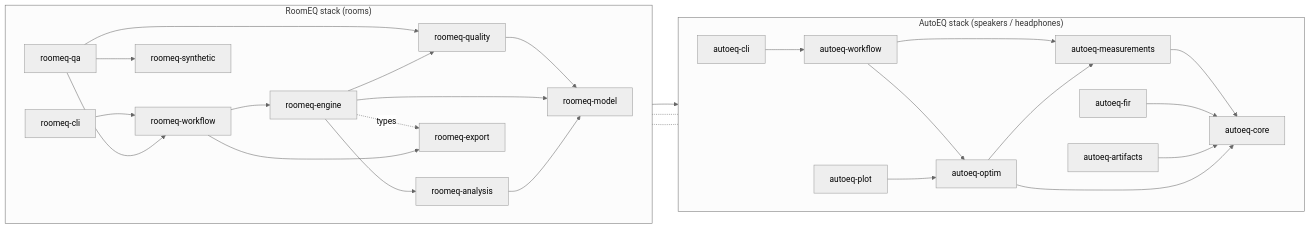
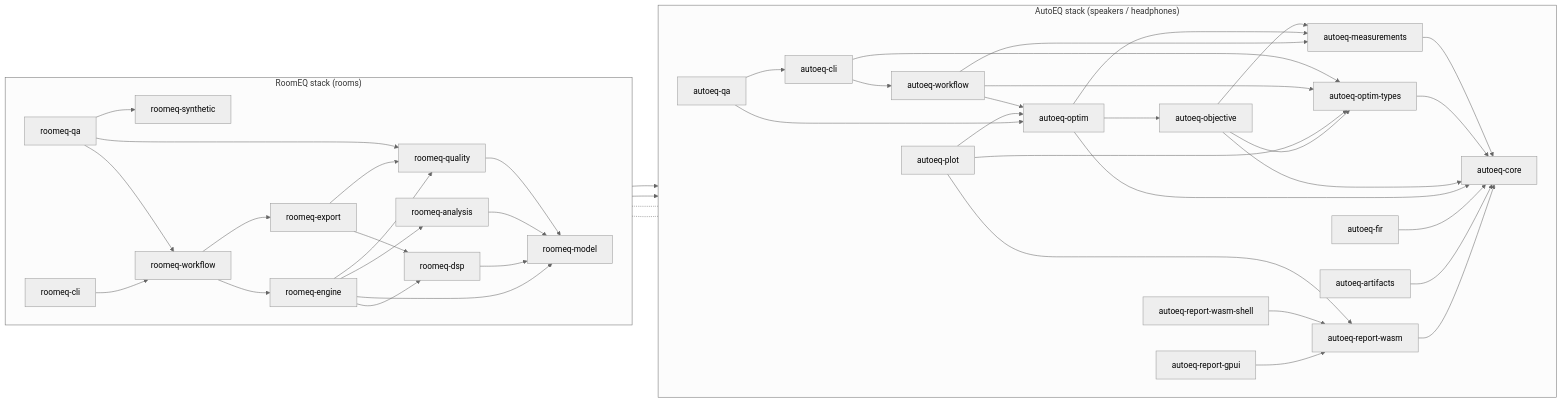
One commit to pierreaubert/autoeq changed the first of 4 diagrams in docs/ARCHITECTURE.md. Above: the diagram before and after it, drawn with Mermaid (neutral theme). The commit also changed other lines of this file and 13134 other files, not shown here.

````diff
--- a/docs/ARCHITECTURE.md
+++ b/docs/ARCHITECTURE.md
@@ -23,50 +23,75 @@
 ```mermaid
 flowchart LR
     subgraph autoeq["AutoEQ stack (speakers / headphones)"]
         direction LR
         core[autoeq-core]
         meas[autoeq-measurements]
+        objective[autoeq-objective]
+        neutral[autoeq-optim-types]
         opt[autoeq-optim]
         wf[autoeq-workflow]
         cli[autoeq-cli]
         fir[autoeq-fir]
         plot[autoeq-plot]
         art[autoeq-artifacts]
+        oracle[autoeq-qa]
+        renderer[autoeq-report-wasm]
+        shell[autoeq-report-wasm-shell]
+        viewer[autoeq-report-gpui]
         meas --> core
+        neutral --> core
+        cli --> neutral
+        wf --> neutral
+        plot --> neutral
+        opt --> objective
+        objective --> core
+        objective --> meas
+        objective --> neutral
         opt --> core
         opt --> meas
         wf --> opt
         wf --> meas
         cli --> wf
         fir --> core
         plot --> opt
         art --> core
+        plot --> renderer
+        renderer --> core
+        shell --> renderer
+        viewer --> renderer
+        oracle --> opt
+        oracle --> cli
     end
     subgraph roomeq["RoomEQ stack (rooms)"]
         direction LR
         model[roomeq-model]
         analysis[roomeq-analysis]
+        dsp[roomeq-dsp]
         engine[roomeq-engine]
         rworkflow[roomeq-workflow]
         quality[roomeq-quality]
         qa[roomeq-qa]
         synth[roomeq-synthetic]
         rcli[roomeq-cli]
         export[roomeq-export]
+        model --> neutral
+        dsp --> model
+        export --> dsp
+        export --> quality
+        engine --> dsp
         analysis --> model
         engine --> model
         engine --> analysis
         engine --> opt
         engine --> quality
         rworkflow --> engine
         quality --> model
         qa --> rworkflow
         qa --> quality
         qa --> synth
         rcli --> rworkflow
         rworkflow --> export
-        engine -.types.-> export
     end
     engine -.- core
     rworkflow -.- meas
 ```
````
